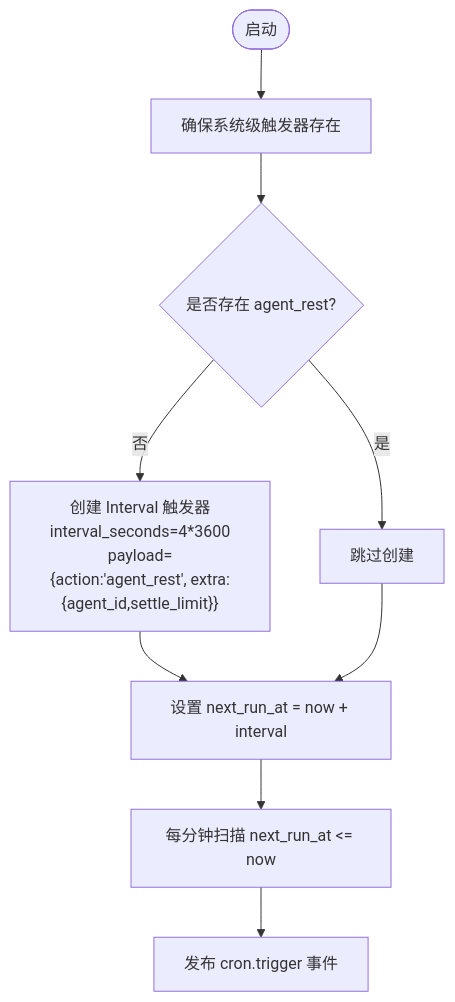
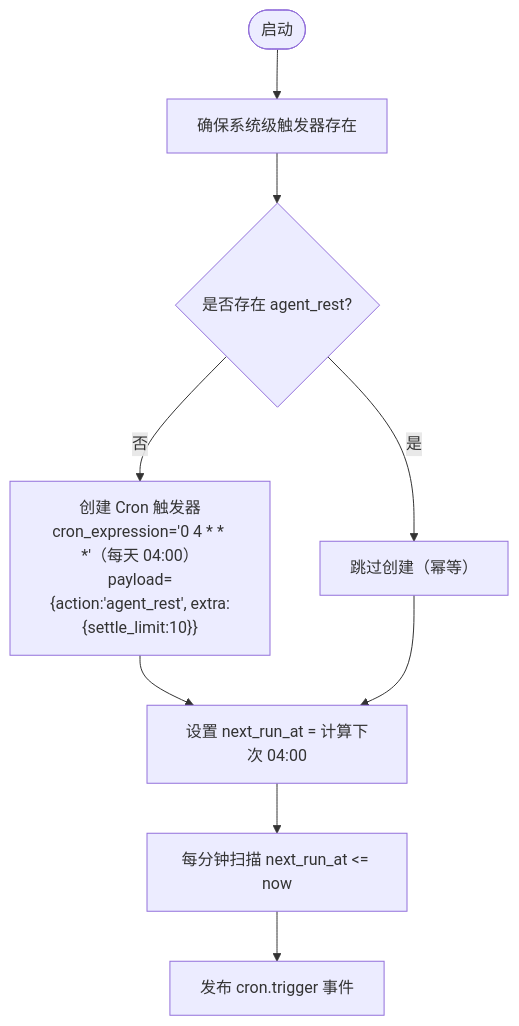
The third of 7 diagrams in docs/wiki/zh/content/项目概述/核心功能特性/四层记忆系统/记忆沉淀机制.md (runningcoders/ai_orz), drawn with Mermaid before and after one commit. The commit also changed other lines of this file and 2 other files, not shown here.

Commit message:
docs(wiki): 记忆沉淀机制/调度器消费者/沉淀知识卡 — 对齐 agent_settle 事件化

````diff
--- a/docs/wiki/zh/content/项目概述/核心功能特性/四层记忆系统/记忆沉淀机制.md
+++ b/docs/wiki/zh/content/项目概述/核心功能特性/四层记忆系统/记忆沉淀机制.md
@@ -148,11 +154,11 @@
 ```mermaid
 flowchart TD
 Start(["启动"]) --> Ensure["确保系统级触发器存在"]
 Ensure --> Check{"是否存在 agent_rest?"}
-Check --> |否| Create["创建 Interval 触发器<br/>interval_seconds=4*3600<br/>payload={action:'agent_rest', extra:{agent_id,settle_limit}}"]
-Check --> |是| Skip["跳过创建"]
-Create --> NextRun["设置 next_run_at = now + interval"]
+Check --> |否| Create["创建 Cron 触发器<br/>cron_expression='0 4 * * *'（每天 04:00）<br/>payload={action:'agent_rest', extra:{settle_limit:10}}"]
+Check --> |是| Skip["跳过创建（幂等）"]
+Create --> NextRun["设置 next_run_at = 计算下次 04:00"]
 Skip --> NextRun
 NextRun --> Poll["每分钟扫描 next_run_at <= now"]
 Poll --> Publish["发布 cron.trigger 事件"]
 ```
````
